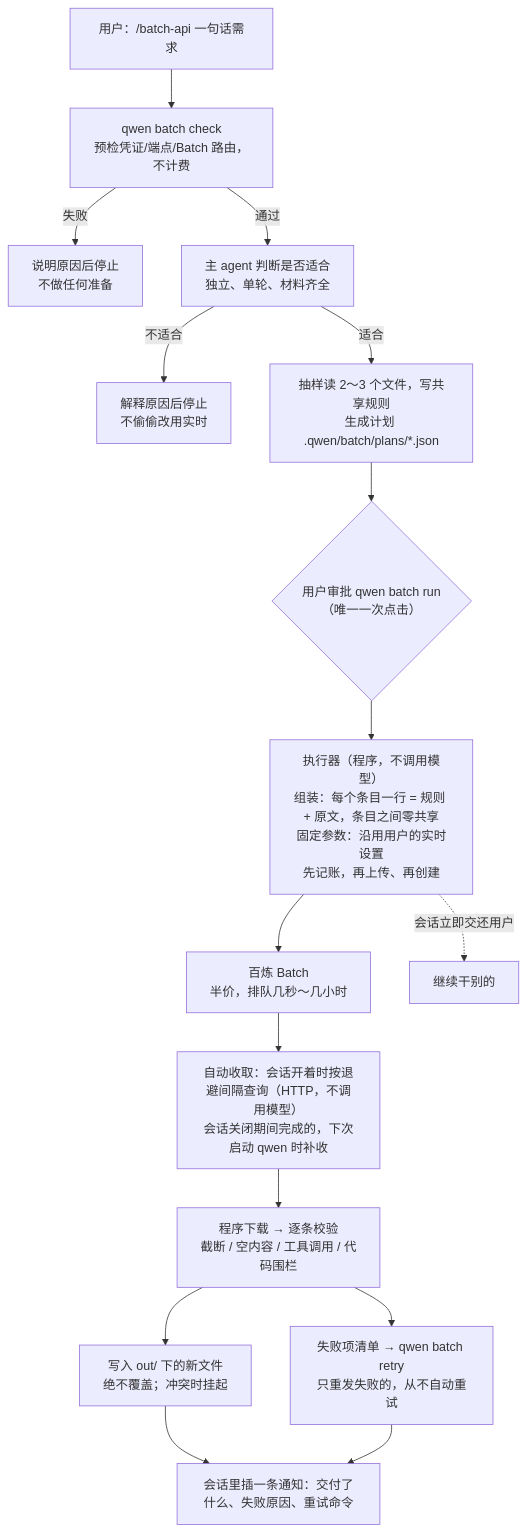
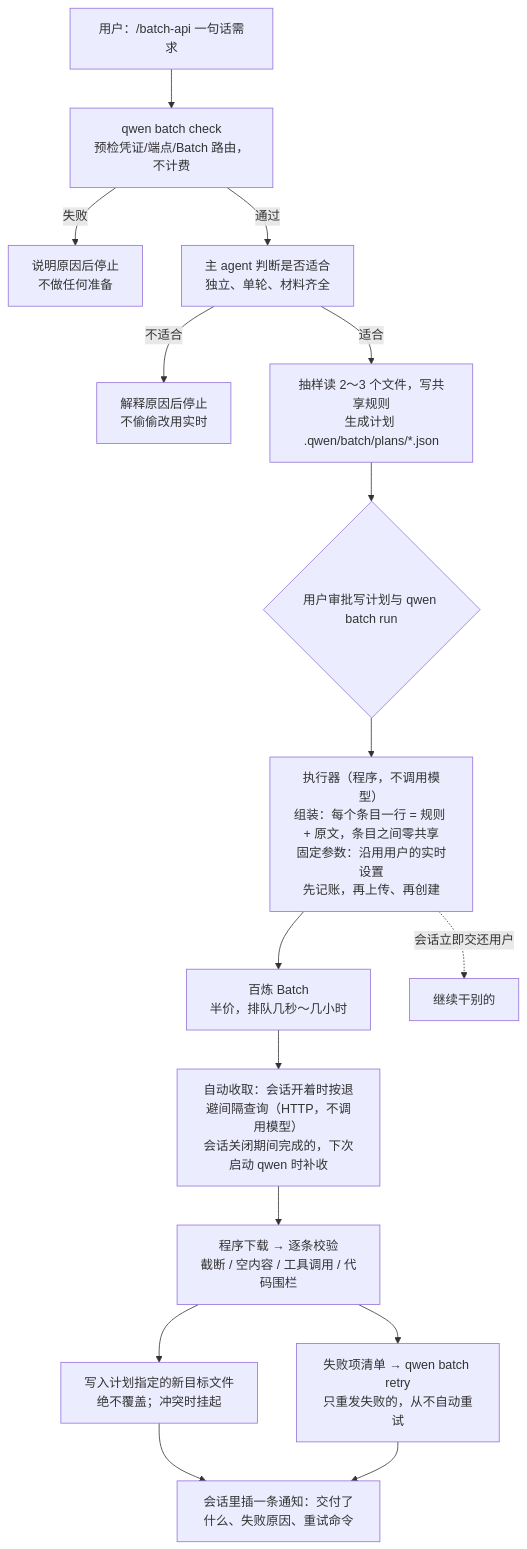
The fourth of 4 diagrams in docs/design/2026-09-23-batch-api-overview.zh-CN.md (QwenLM/qwen-code), drawn with Mermaid before and after one commit. The commit also changed other lines of this file and 17 other files, not shown here.

````diff
--- a/docs/design/2026-09-23-batch-api-overview.zh-CN.md
+++ b/docs/design/2026-09-23-batch-api-overview.zh-CN.md
@@ -108,18 +109,18 @@
 ```mermaid
 flowchart TD
     U["用户：/batch-api 一句话需求"] --> P0["qwen batch check<br/>预检凭证/端点/Batch 路由，不计费"]
     P0 -->|"失败"| STOP["说明原因后停止<br/>不做任何准备"]
     P0 -->|"通过"| P1["主 agent 判断是否适合<br/>独立、单轮、材料齐全"]
     P1 -->|"不适合"| STOP2["解释原因后停止<br/>不偷偷改用实时"]
     P1 -->|"适合"| P2["抽样读 2～3 个文件，写共享规则<br/>生成计划 .qwen/batch/plans/*.json"]
-    P2 --> AP{"用户审批 qwen batch run<br/>（唯一一次点击）"}
+    P2 --> AP{"用户审批写计划与 qwen batch run"}
     AP --> R["执行器（程序，不调用模型）<br/>组装：每个条目一行 = 规则 + 原文，条目之间零共享<br/>固定参数：沿用用户的实时设置<br/>先记账，再上传、再创建"]
     R --> Q["百炼 Batch<br/>半价，排队几秒～几小时"]
     R -.->|"会话立即交还用户"| FREE["继续干别的"]
     Q --> C["自动收取：会话开着时按退避间隔查询（HTTP，不调用模型）<br/>会话关闭期间完成的，下次启动 qwen 时补收"]
     C --> V["程序下载 → 逐条校验<br/>截断 / 空内容 / 工具调用 / 代码围栏"]
-    V --> OUT["写入 out/ 下的新文件<br/>绝不覆盖；冲突时挂起"]
+    V --> OUT["写入计划指定的新目标文件<br/>绝不覆盖；冲突时挂起"]
     V --> FAIL["失败项清单 → qwen batch retry<br/>只重发失败的，从不自动重试"]
     OUT --> N["会话里插一条通知：交付了什么、失败原因、重试命令"]
     FAIL --> N
 ```
````
